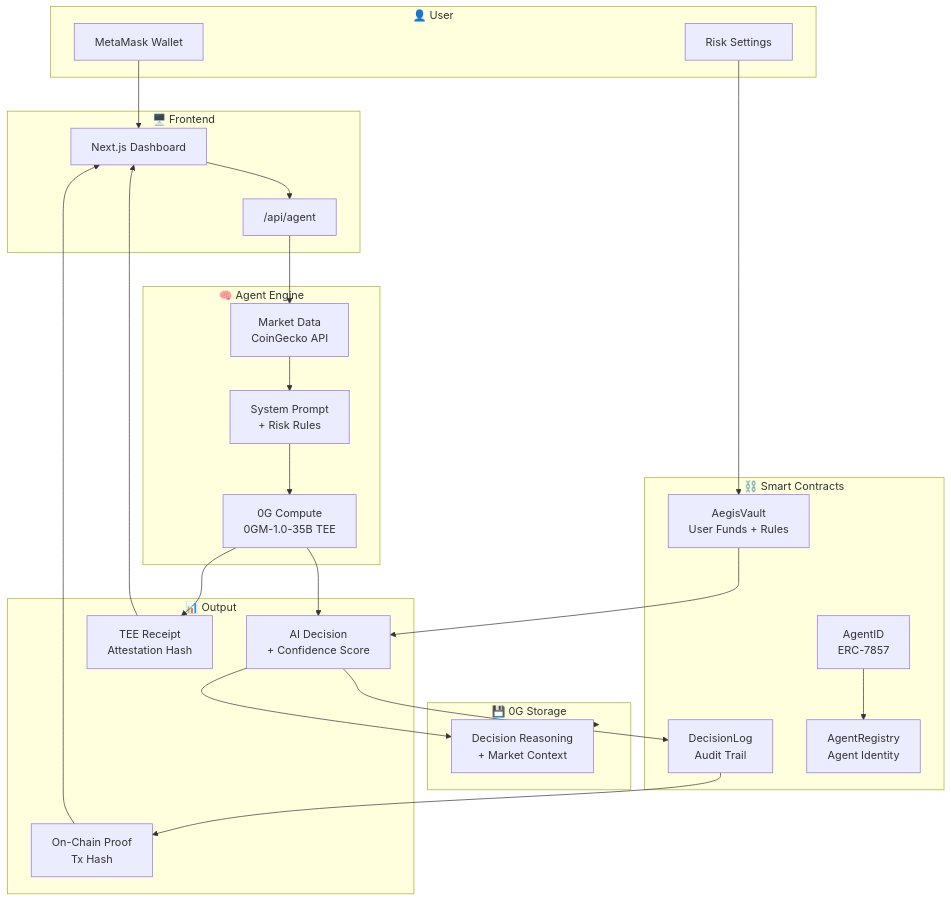
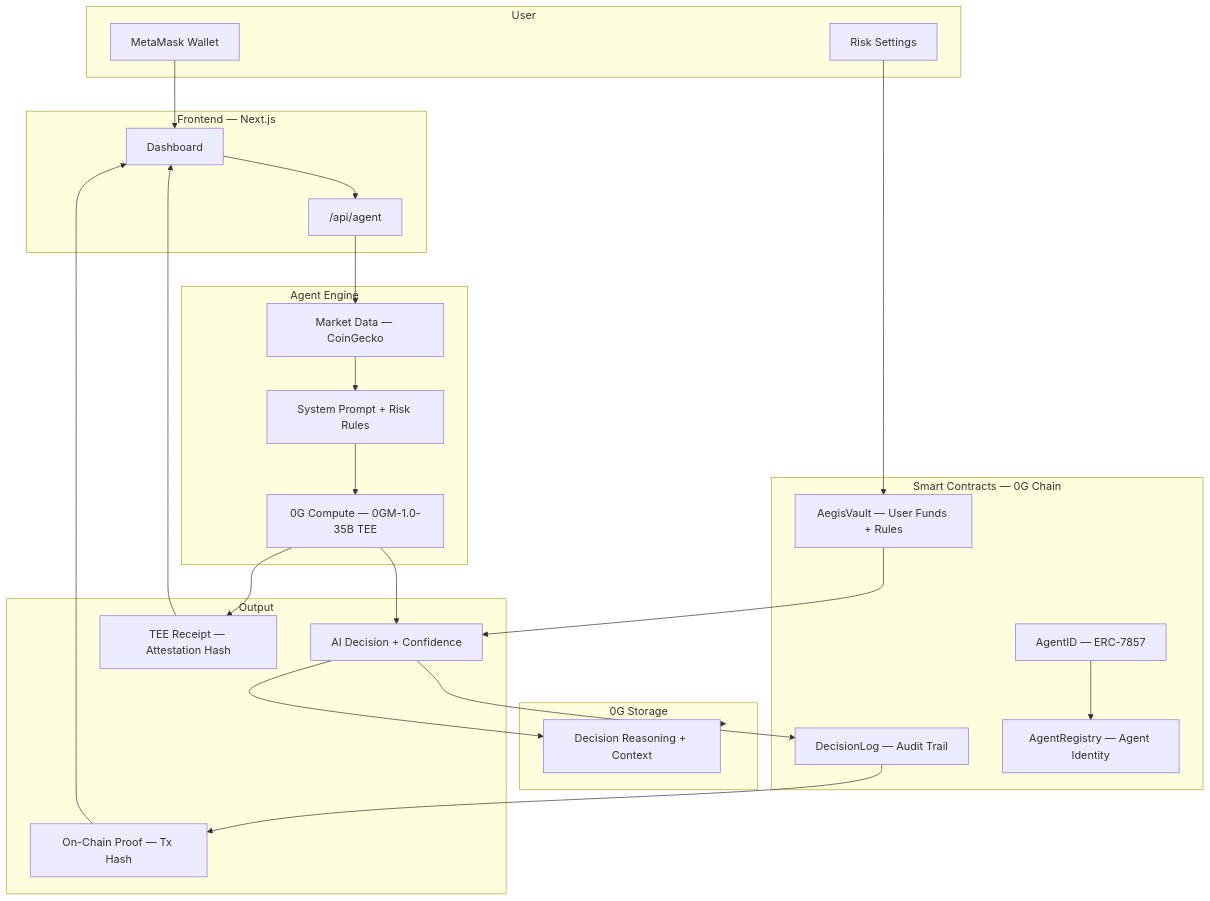
The first of 2 diagrams in README.md (thesithunyein/aegis), drawn with Mermaid before and after one commit. The commit also changed other lines of this file and 2 other files, not shown here.

````diff
--- a/README.md
+++ b/README.md
@@ -50,52 +63,52 @@
 ```mermaid
 flowchart TB
-    subgraph User["👤 User"]
+    subgraph User["User"]
         Wallet[MetaMask Wallet]
         Settings[Risk Settings]
     end
 
-    subgraph Frontend["🖥️ Frontend"]
-        Dashboard[Next.js Dashboard]
+    subgraph Frontend["Frontend — Next.js"]
+        Dashboard[Dashboard]
         API["/api/agent"]
     end
 
-    subgraph Agent["🧠 Agent Engine"]
-        MarketData[Market Data<br/>CoinGecko API]
-        Prompt[System Prompt<br/>+ Risk Rules]
-        Inference[0G Compute<br/>0GM-1.0-35B TEE]
+    subgraph Agent["Agent Engine"]
+        MarketData[Market Data — CoinGecko]
+        Prompt[System Prompt + Risk Rules]
+        Inference["0G Compute — 0GM-1.0-35B TEE"]
     end
 
-    subgraph Contracts["⛓️ Smart Contracts"]
-        Vault[AegisVault<br/>User Funds + Rules]
-        Log[DecisionLog<br/>Audit Trail]
-        Registry[AgentRegistry<br/>Agent Identity]
-        AgentID[AgentID<br/>ERC-7857]
+    subgraph Contracts["Smart Contracts — 0G Chain"]
+        Vault[AegisVault — User Funds + Rules]
+        Log[DecisionLog — Audit Trail]
+        Registry[AgentRegistry — Agent Identity]
+        AgentID["AgentID — ERC-7857"]
     end
 
-    subgraph Storage["💾 0G Storage"]
-        Reasoning[Decision Reasoning<br/>+ Market Context]
+    subgraph Storage["0G Storage"]
+        Reasoning[Decision Reasoning + Context]
     end
 
-    subgraph Output["📊 Output"]
-        Decision[AI Decision<br/>+ Confidence Score]
-        Receipt[TEE Receipt<br/>Attestation Hash]
-        Proof[On-Chain Proof<br/>Tx Hash]
+    subgraph Output["Output"]
+        Decision[AI Decision + Confidence]
+        Receipt[TEE Receipt — Attestation Hash]
+        Proof[On-Chain Proof — Tx Hash]
     end
 
     Wallet --> Dashboard
     Settings --> Vault
     Dashboard --> API
     API --> MarketData
     MarketData --> Prompt
     Prompt --> Inference
     Inference --> Decision
     Decision --> Log
     Decision --> Reasoning
     Reasoning --> Storage
     Inference --> Receipt
     Log --> Proof
     Vault --> Decision
     AgentID --> Registry
     Receipt --> Dashboard
     Proof --> Dashboard
 ```
````
